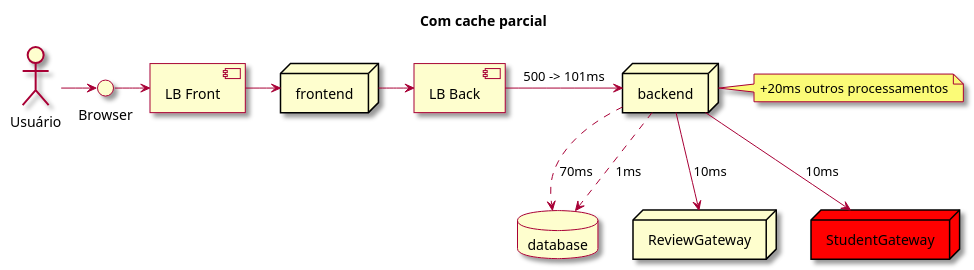
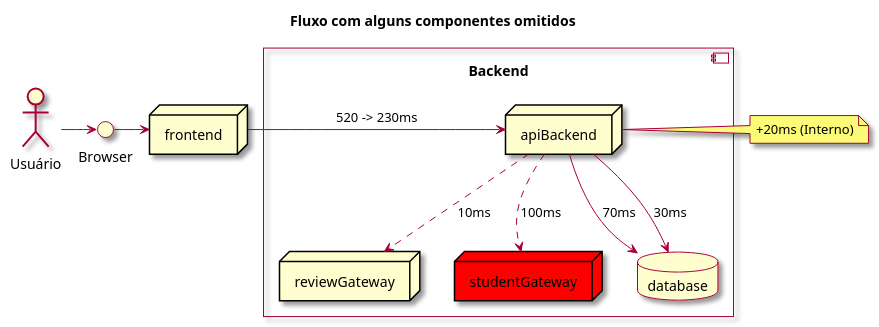
One commit to charlesardsilva/lecture-cache-content changed the diagram in docs/diagrams/request-sem-cdn-with-partial-cache.plantuml. Above: the diagram before and after it, drawn with PlantUML. The commit also changed 2 other files, not shown here.

Commit message:
Change cache information

```diff
--- a/docs/diagrams/request-sem-cdn-with-partial-cache.plantuml
+++ b/docs/diagrams/request-sem-cdn-with-partial-cache.plantuml
@@ -1,28 +1,30 @@
 @startuml
 
 skin rose
 
-Title: Com cache parcial
+Title: Fluxo com alguns componentes omitidos
 
-component "LB Front" as LBF
-component "LB Back" as LBB
 actor "Usuário" as actor
-database database
 interface "Browser" as browser
 node frontend
-node backend
-node reviewGateway as "ReviewGateway"
-node studentGateway as "StudentGateway" #red
 
 actor -> browser
-browser -> LBF
-LBF -> frontend
-frontend -> LBB
-LBB -> backend : 500 -> 101ms
-note right of backend: +20ms outros processamentos
-backend --> reviewGateway: 10ms
-backend --> studentGateway : 10ms
-backend ..> database: 70ms
-backend ..> database: 1ms
+browser -> frontend
+
+component "Backend\n" {
+
+  node "apiBackend" as backend
+  node reviewGateway as reviewGateway
+  node studentGateway as studentGateway #red
+  database database
+
+  backend --> database: 70ms
+  backend --> database: 30ms
+  backend ..> reviewGateway: 10ms
+  backend ..> studentGateway: 100ms
+}
+
+frontend -> backend: 520 -> 230ms
+note right of backend: +20ms (Interno)
 
 @enduml
```
